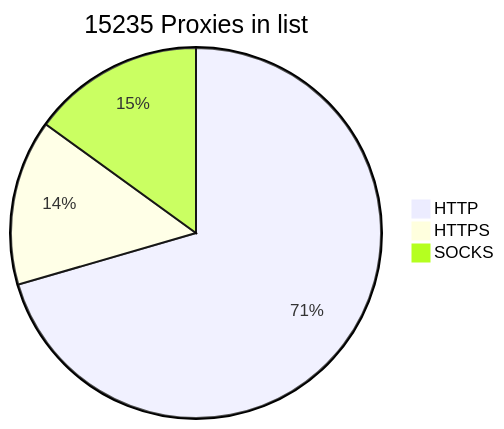
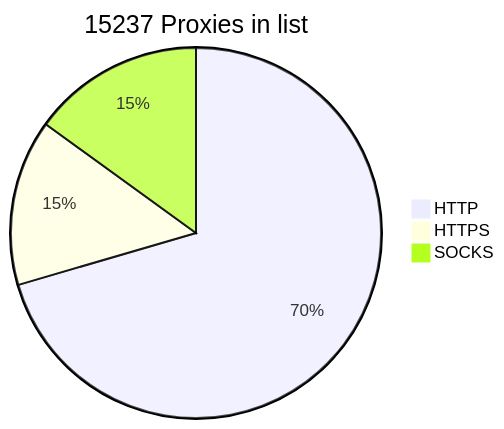
One commit to BlackSnowDot/proxylist-update-every-minute changed the diagram in README.md. Above: the diagram before and after it, drawn with Mermaid.

````diff
--- a/README.md
+++ b/README.md
@@ -2,6 +2,6 @@
 ```mermaid
-pie title 15235 Proxies in list
-    "HTTP" : 11246
-    "HTTPS": 2308
+pie title 15237 Proxies in list
+    "HTTP" : 11247
+    "HTTPS": 2314
     "SOCKS" : 2397
 ```
````
